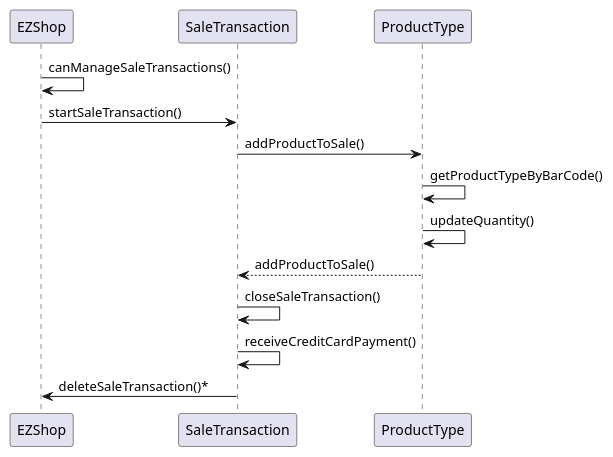
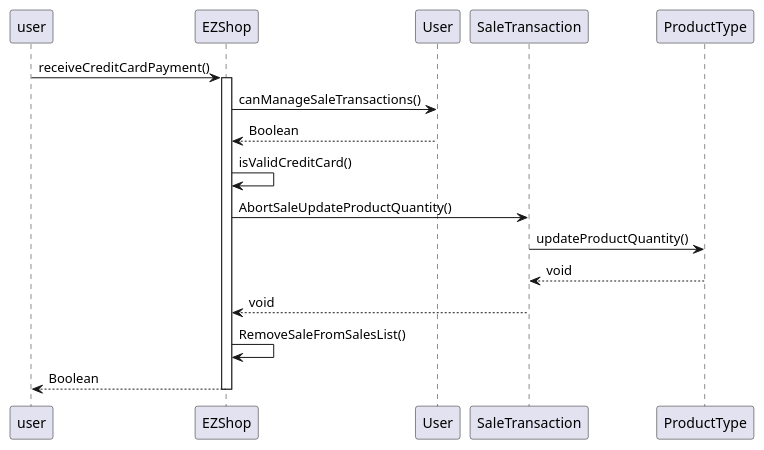
Before and after one commit to gioele-scaletta/EZShop-Software-Engineering-Project: diagram 12 of 15 in Deliverables/DesignDocument.md, drawn with PlantUML. The commit also changed other lines of this file and 3 other files, not shown here.

````diff
--- a/Deliverables/DesignDocument.md
+++ b/Deliverables/DesignDocument.md
@@ -500,17 +552,14 @@
 ```plantuml
-participant EZShop as 1
-participant SaleTransaction as 2
-participant ProductType as 3
-''participant SalePayment as 5
-
-1->1 : canManageSaleTransactions()
-1->2 : startSaleTransaction()
-2->3 : addProductToSale()
-3->3 : getProductTypeByBarCode()
-3->3 : updateQuantity()
-3-->2 : addProductToSale()
-2->2 : closeSaleTransaction()
-''4->4 : getSaleTransaction()
-2->2 : receiveCreditCardPayment()
-2->1 : deleteSaleTransaction()*
+user -> EZShop : receiveCreditCardPayment()
+activate  EZShop
+EZShop -> User : canManageSaleTransactions()
+EZShop <-- User : Boolean
+EZShop -> EZShop : isValidCreditCard()
+EZShop -> SaleTransaction : AbortSaleUpdateProductQuantity()
+SaleTransaction -> ProductType : updateProductQuantity()
+SaleTransaction <-- ProductType : void
+EZShop <-- SaleTransaction : void
+EZShop->EZShop : RemoveSaleFromSalesList()
+user <-- EZShop : Boolean
+deactivate EZShop
 ```
````
